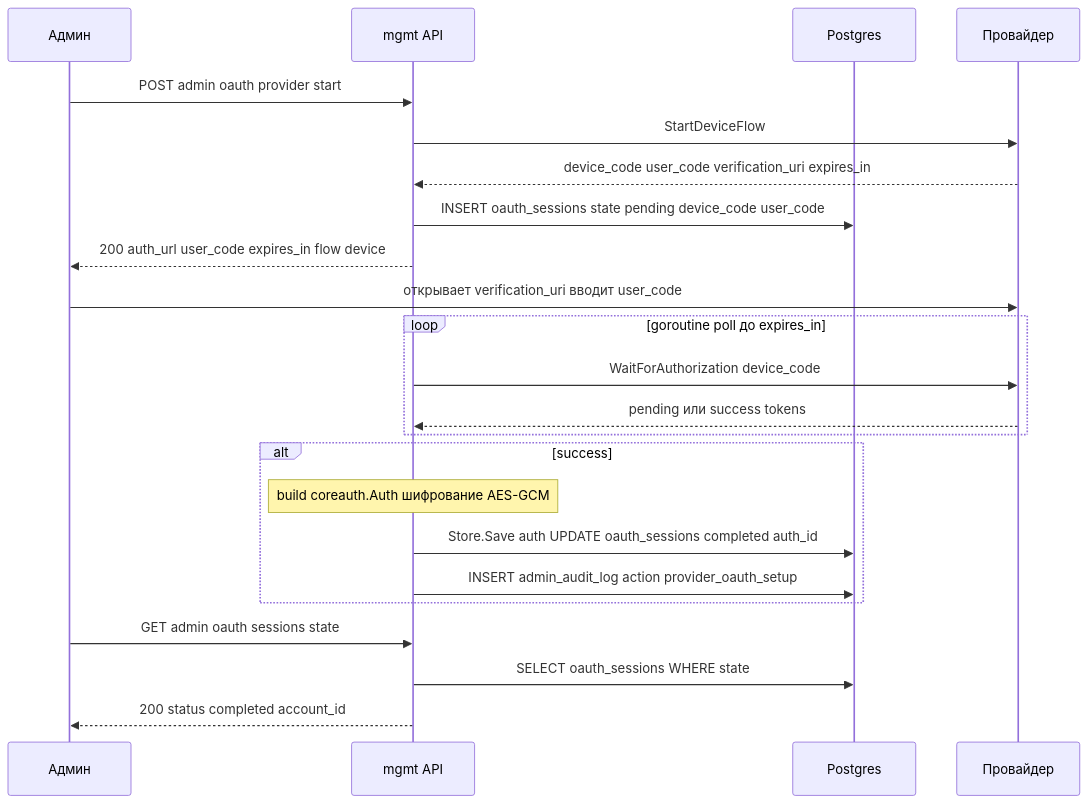
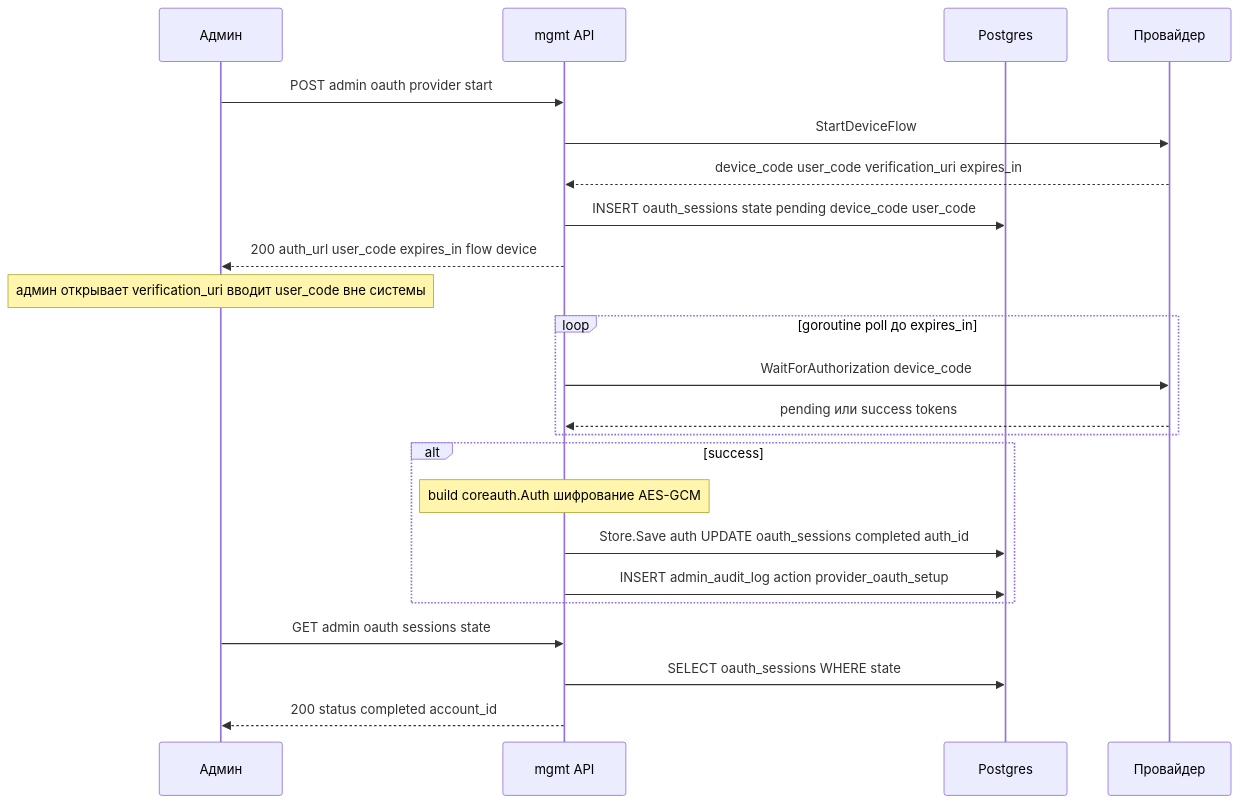
The second of 3 diagrams in docs/design/r9-oauth-and-testing.md (ilyast91/CLIProxyNew), drawn with Mermaid before and after one commit. The commit also changed other lines of this file and 2 other files, not shown here.

First line of the commit message:
docs: актуализация всех mermaid-диаграмм

````diff
--- a/docs/design/r9-oauth-and-testing.md
+++ b/docs/design/r9-oauth-and-testing.md
@@ -126,26 +126,26 @@
 ```mermaid
 sequenceDiagram
     participant A as Админ
     participant API as mgmt API
     participant DB as Postgres
     participant Prov as Провайдер
 
     A->>API: POST admin oauth provider start
     API->>Prov: StartDeviceFlow
     Prov-->>API: device_code user_code verification_uri expires_in
     API->>DB: INSERT oauth_sessions state pending device_code user_code
     API-->>A: 200 auth_url user_code expires_in flow device
-    A->>Prov: открывает verification_uri вводит user_code
+    Note over A: админ открывает verification_uri вводит user_code вне системы
     loop goroutine poll до expires_in
         API->>Prov: WaitForAuthorization device_code
         Prov-->>API: pending или success tokens
     end
     alt success
         Note over API: build coreauth.Auth шифрование AES-GCM
         API->>DB: Store.Save auth UPDATE oauth_sessions completed auth_id
         API->>DB: INSERT admin_audit_log action provider_oauth_setup
     end
     A->>API: GET admin oauth sessions state
     API->>DB: SELECT oauth_sessions WHERE state
     API-->>A: 200 status completed account_id
 ```
````
